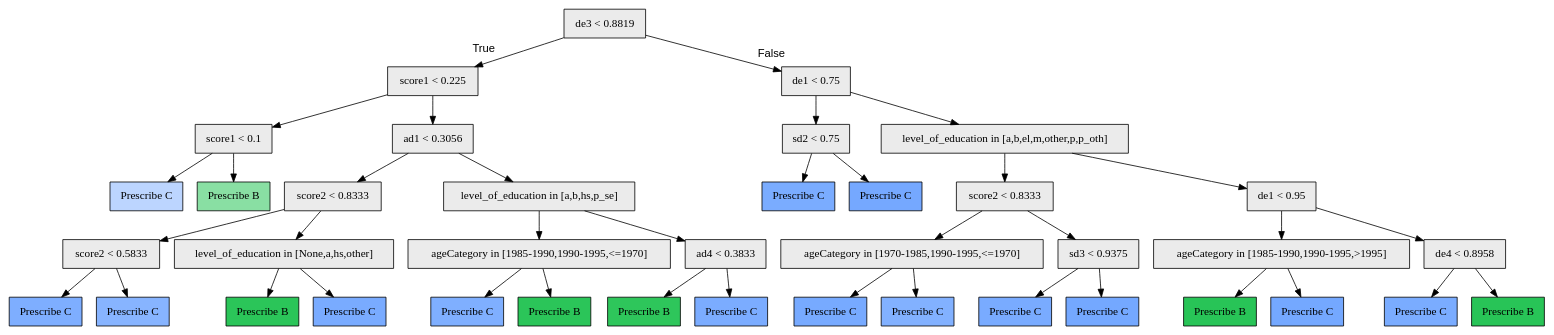
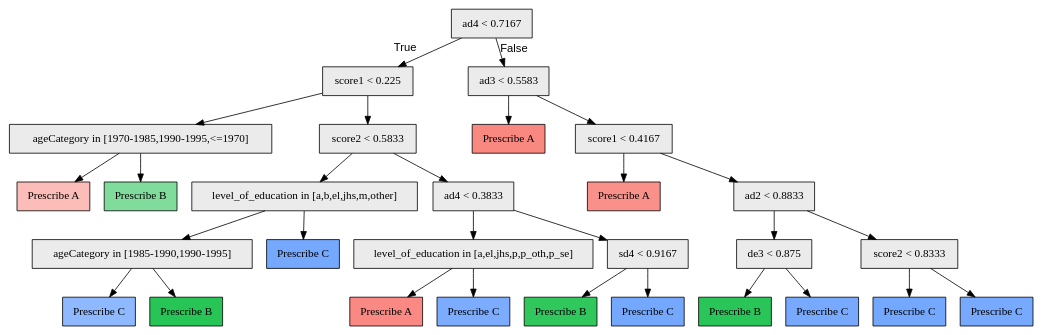
Before and after one commit to galitLukin/PersonalizedLearning: the diagram in python/model/2/cc/pytree.dot, drawn with Graphviz. The commit also changed 13 other files, not shown here.

```diff
--- a/python/model/2/cc/pytree.dot
+++ b/python/model/2/cc/pytree.dot
@@ -1,79 +1,59 @@
 digraph "G" {
-1 [fillcolor="#EBEBEB", fontname="bold arial", label="de3 &lt; 0.8819", shape=box, style="filled"];
+1 [fillcolor="#EBEBEB", fontname="bold arial", label="ad4 &lt; 0.7167", shape=box, style="filled"];
 2 [fillcolor="#EBEBEB", fontname="bold arial", label="score1 &lt; 0.225", shape=box, style="filled"];
-3 [fillcolor="#EBEBEB", fontname="bold arial", label="score1 &lt; 0.1", shape=box, style="filled"];
-4 [color=black, fillcolor="#619CFF6c", fontname="bold arial", label="Prescribe C", shape=box, style="filled"];
-5 [color=black, fillcolor="#00BA3876", fontname="bold arial", label="Prescribe B", shape=box, style="filled"];
-6 [fillcolor="#EBEBEB", fontname="bold arial", label="ad1 &lt; 0.3056", shape=box, style="filled"];
-7 [fillcolor="#EBEBEB", fontname="bold arial", label="score2 &lt; 0.8333", shape=box, style="filled"];
-8 [fillcolor="#EBEBEB", fontname="bold arial", label="score2 &lt; 0.5833", shape=box, style="filled"];
-9 [color=black, fillcolor="#619CFFcf", fontname="bold arial", label="Prescribe C", shape=box, style="filled"];
-10 [color=black, fillcolor="#619CFFc1", fontname="bold arial", label="Prescribe C", shape=box, style="filled"];
-11 [fillcolor="#EBEBEB", fontname="bold arial", label="level_of_education in [None,a,hs,other]", shape=box, style="filled"];
-12 [color=black, fillcolor="#00BA38d4", fontname="bold arial", label="Prescribe B", shape=box, style="filled"];
-13 [color=black, fillcolor="#619CFFd8", fontname="bold arial", label="Prescribe C", shape=box, style="filled"];
-14 [fillcolor="#EBEBEB", fontname="bold arial", label="level_of_education in [a,b,hs,p_se]", shape=box, style="filled"];
-15 [fillcolor="#EBEBEB", fontname="bold arial", label="ageCategory in [1985-1990,1990-1995,&lt;=1970]", shape=box, style="filled"];
-16 [color=black, fillcolor="#619CFFce", fontname="bold arial", label="Prescribe C", shape=box, style="filled"];
-17 [color=black, fillcolor="#00BA38d4", fontname="bold arial", label="Prescribe B", shape=box, style="filled"];
-18 [fillcolor="#EBEBEB", fontname="bold arial", label="ad4 &lt; 0.3833", shape=box, style="filled"];
-19 [color=black, fillcolor="#00BA38d1", fontname="bold arial", label="Prescribe B", shape=box, style="filled"];
-20 [color=black, fillcolor="#619CFFd5", fontname="bold arial", label="Prescribe C", shape=box, style="filled"];
-21 [fillcolor="#EBEBEB", fontname="bold arial", label="de1 &lt; 0.75", shape=box, style="filled"];
-22 [fillcolor="#EBEBEB", fontname="bold arial", label="sd2 &lt; 0.75", shape=box, style="filled"];
-23 [color=black, fillcolor="#619CFFd6", fontname="bold arial", label="Prescribe C", shape=box, style="filled"];
-24 [color=black, fillcolor="#619CFFde", fontname="bold arial", label="Prescribe C", shape=box, style="filled"];
-25 [fillcolor="#EBEBEB", fontname="bold arial", label="level_of_education in [a,b,el,m,other,p,p_oth]", shape=box, style="filled"];
-26 [fillcolor="#EBEBEB", fontname="bold arial", label="score2 &lt; 0.8333", shape=box, style="filled"];
-27 [fillcolor="#EBEBEB", fontname="bold arial", label="ageCategory in [1970-1985,1990-1995,&lt;=1970]", shape=box, style="filled"];
-28 [color=black, fillcolor="#619CFFda", fontname="bold arial", label="Prescribe C", shape=box, style="filled"];
-29 [color=black, fillcolor="#619CFFc9", fontname="bold arial", label="Prescribe C", shape=box, style="filled"];
-30 [fillcolor="#EBEBEB", fontname="bold arial", label="sd3 &lt; 0.9375", shape=box, style="filled"];
-31 [color=black, fillcolor="#619CFFd7", fontname="bold arial", label="Prescribe C", shape=box, style="filled"];
-32 [color=black, fillcolor="#619CFFdf", fontname="bold arial", label="Prescribe C", shape=box, style="filled"];
-33 [fillcolor="#EBEBEB", fontname="bold arial", label="de1 &lt; 0.95", shape=box, style="filled"];
-34 [fillcolor="#EBEBEB", fontname="bold arial", label="ageCategory in [1985-1990,1990-1995,&gt;1995]", shape=box, style="filled"];
-35 [color=black, fillcolor="#00BA38d7", fontname="bold arial", label="Prescribe B", shape=box, style="filled"];
-36 [color=black, fillcolor="#619CFFdf", fontname="bold arial", label="Prescribe C", shape=box, style="filled"];
-37 [fillcolor="#EBEBEB", fontname="bold arial", label="de4 &lt; 0.8958", shape=box, style="filled"];
-38 [color=black, fillcolor="#619CFFd6", fontname="bold arial", label="Prescribe C", shape=box, style="filled"];
-39 [color=black, fillcolor="#00BA38d7", fontname="bold arial", label="Prescribe B", shape=box, style="filled"];
+3 [fillcolor="#EBEBEB", fontname="bold arial", label="ageCategory in [1970-1985,1990-1995,&lt;=1970]", shape=box, style="filled"];
+4 [color=black, fillcolor="#F8766D7b", fontname="bold arial", label="Prescribe A", shape=box, style="filled"];
+5 [color=black, fillcolor="#00BA3880", fontname="bold arial", label="Prescribe B", shape=box, style="filled"];
+6 [fillcolor="#EBEBEB", fontname="bold arial", label="score2 &lt; 0.5833", shape=box, style="filled"];
+7 [fillcolor="#EBEBEB", fontname="bold arial", label="level_of_education in [a,b,el,jhs,m,other]", shape=box, style="filled"];
+8 [fillcolor="#EBEBEB", fontname="bold arial", label="ageCategory in [1985-1990,1990-1995]", shape=box, style="filled"];
+9 [color=black, fillcolor="#619CFFb5", fontname="bold arial", label="Prescribe C", shape=box, style="filled"];
+10 [color=black, fillcolor="#00BA38d8", fontname="bold arial", label="Prescribe B", shape=box, style="filled"];
+11 [color=black, fillcolor="#619CFFde", fontname="bold arial", label="Prescribe C", shape=box, style="filled"];
+12 [fillcolor="#EBEBEB", fontname="bold arial", label="ad4 &lt; 0.3833", shape=box, style="filled"];
+13 [fillcolor="#EBEBEB", fontname="bold arial", label="level_of_education in [a,el,jhs,p,p_oth,p_se]", shape=box, style="filled"];
+14 [color=black, fillcolor="#F8766Dda", fontname="bold arial", label="Prescribe A", shape=box, style="filled"];
+15 [color=black, fillcolor="#619CFFd5", fontname="bold arial", label="Prescribe C", shape=box, style="filled"];
+16 [fillcolor="#EBEBEB", fontname="bold arial", label="sd4 &lt; 0.9167", shape=box, style="filled"];
+17 [color=black, fillcolor="#00BA38cf", fontname="bold arial", label="Prescribe B", shape=box, style="filled"];
+18 [color=black, fillcolor="#619CFFdf", fontname="bold arial", label="Prescribe C", shape=box, style="filled"];
+19 [fillcolor="#EBEBEB", fontname="bold arial", label="ad3 &lt; 0.5583", shape=box, style="filled"];
+20 [color=black, fillcolor="#F8766Ddd", fontname="bold arial", label="Prescribe A", shape=box, style="filled"];
+21 [fillcolor="#EBEBEB", fontname="bold arial", label="score1 &lt; 0.4167", shape=box, style="filled"];
+22 [color=black, fillcolor="#F8766Dcc", fontname="bold arial", label="Prescribe A", shape=box, style="filled"];
+23 [fillcolor="#EBEBEB", fontname="bold arial", label="ad2 &lt; 0.8833", shape=box, style="filled"];
+24 [fillcolor="#EBEBEB", fontname="bold arial", label="de3 &lt; 0.875", shape=box, style="filled"];
+25 [color=black, fillcolor="#00BA38d5", fontname="bold arial", label="Prescribe B", shape=box, style="filled"];
+26 [color=black, fillcolor="#619CFFdb", fontname="bold arial", label="Prescribe C", shape=box, style="filled"];
+27 [fillcolor="#EBEBEB", fontname="bold arial", label="score2 &lt; 0.8333", shape=box, style="filled"];
+28 [color=black, fillcolor="#619CFFdf", fontname="bold arial", label="Prescribe C", shape=box, style="filled"];
+29 [color=black, fillcolor="#619CFFdc", fontname="bold arial", label="Prescribe C", shape=box, style="filled"];
 1 -> 2  [fontname="arial", headlabel="True", key=0, labelangle=45, labeldistance="2.5"];
-1 -> 21  [fontname="arial", headlabel="False", key=0, labelangle="-45", labeldistance="2.5"];
+1 -> 19  [fontname="arial", headlabel="False", key=0, labelangle="-45", labeldistance="2.5"];
 2 -> 3  [key=0];
 2 -> 6  [key=0];
 3 -> 4  [key=0];
 3 -> 5  [key=0];
 6 -> 7  [key=0];
-6 -> 14  [key=0];
+6 -> 12  [key=0];
 7 -> 8  [key=0];
 7 -> 11  [key=0];
 8 -> 9  [key=0];
 8 -> 10  [key=0];
-11 -> 12  [key=0];
-11 -> 13  [key=0];
-14 -> 15  [key=0];
-14 -> 18  [key=0];
-15 -> 16  [key=0];
-15 -> 17  [key=0];
-18 -> 19  [key=0];
-18 -> 20  [key=0];
+12 -> 13  [key=0];
+12 -> 16  [key=0];
+13 -> 14  [key=0];
+13 -> 15  [key=0];
+16 -> 17  [key=0];
+16 -> 18  [key=0];
+19 -> 20  [key=0];
+19 -> 21  [key=0];
 21 -> 22  [key=0];
-21 -> 25  [key=0];
-22 -> 23  [key=0];
-22 -> 24  [key=0];
-25 -> 26  [key=0];
-25 -> 33  [key=0];
-26 -> 27  [key=0];
-26 -> 30  [key=0];
+21 -> 23  [key=0];
+23 -> 24  [key=0];
+23 -> 27  [key=0];
+24 -> 25  [key=0];
+24 -> 26  [key=0];
 27 -> 28  [key=0];
 27 -> 29  [key=0];
-30 -> 31  [key=0];
-30 -> 32  [key=0];
-33 -> 34  [key=0];
-33 -> 37  [key=0];
-34 -> 35  [key=0];
-34 -> 36  [key=0];
-37 -> 38  [key=0];
-37 -> 39  [key=0];
 }
```
